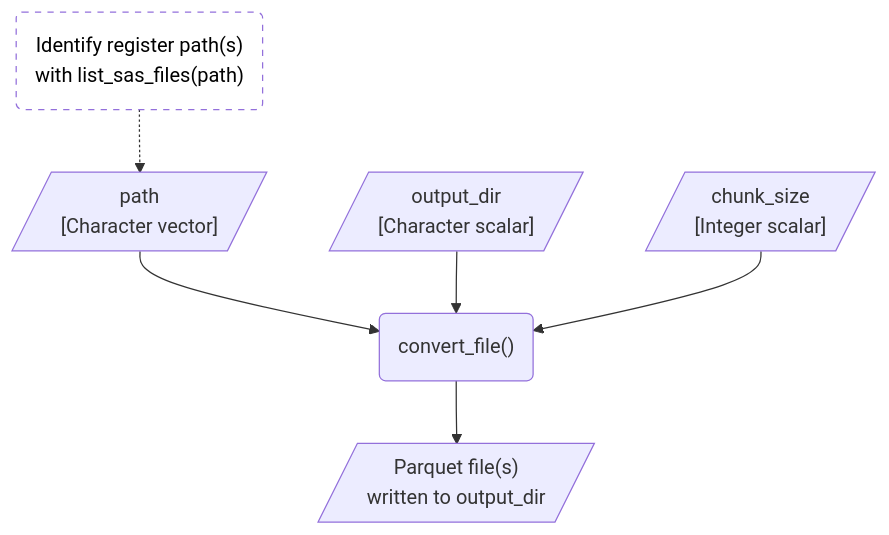
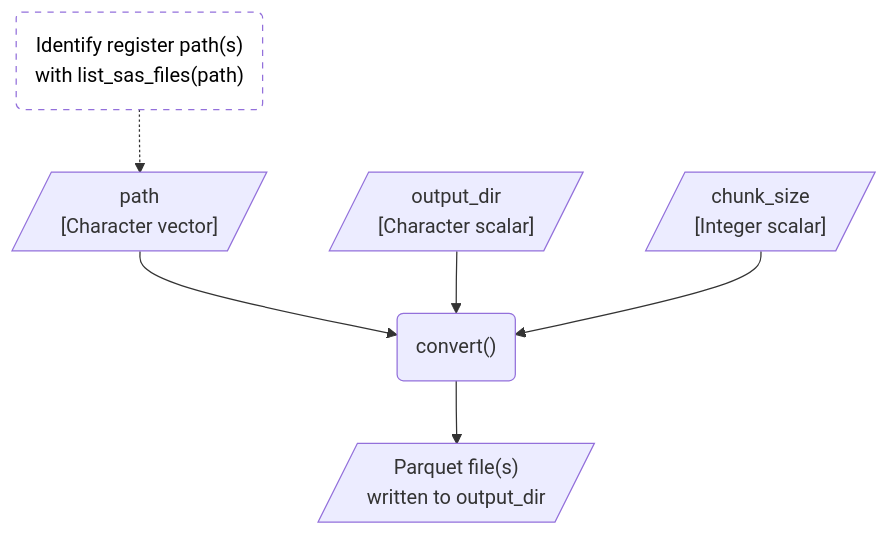
The first of 3 diagrams in vignettes/design.qmd (dp-next/registers2parquet), drawn with Mermaid before and after one commit. The commit also changed other lines of this file and 10 other files, not shown here.

````diff
--- a/vignettes/design.qmd
+++ b/vignettes/design.qmd
@@ -58,20 +58,20 @@
 ```{mermaid}
 %%| label: fig-flow
-%%| fig-cap: "Expected workflow for converting one SAS file using `convert_file()`."
+%%| fig-cap: "Expected workflow for converting one SAS file using `convert()`."
 %%| fig-alt: "A flowchart showing the expected flow of converting register SAS files to Parquet files."
 flowchart TD
     identify_paths("Identify register path(s)<br>with list_sas_files(path)")
     path[/"path<br>[Character vector]"/]
     output_dir[/"output_dir<br>[Character scalar]"/]
     chunk_size[/"chunk_size<br>[Integer scalar]"/]
-    convert_file("convert_file()")
+    convert("convert()")
     output[/"Parquet file(s)<br>written to output_dir"/]
 
     %% Edges
-    identify_paths -.-> path --> convert_file
-    output_dir & chunk_size --> convert_file
-    convert_file --> output
+    identify_paths -.-> path --> convert
+    output_dir & chunk_size --> convert
+    convert --> output
 
     %% Style
     style identify_paths fill:#FFFFFF, color:#000000, stroke-dasharray: 5 5
 ```
````
